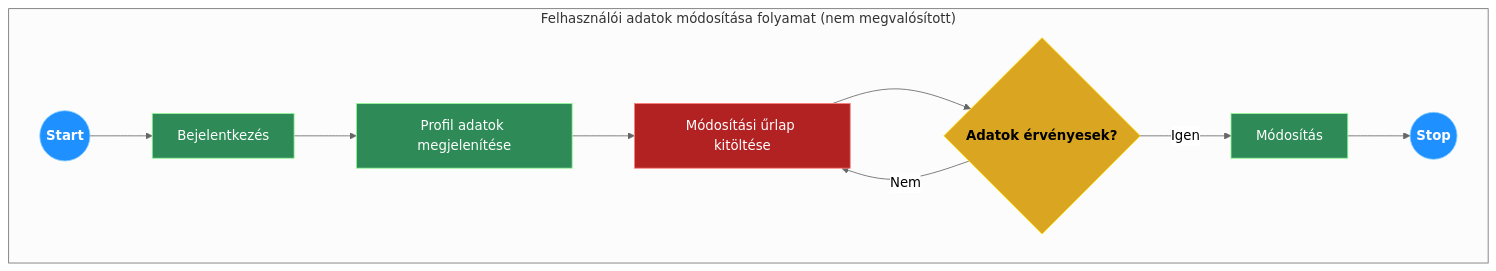
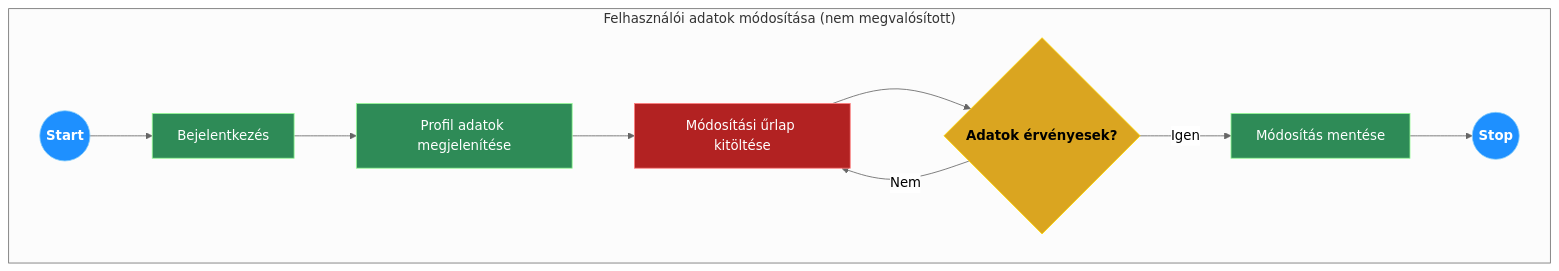
One commit to bencebenko/afp-recipe-sharing changed the third of 8 diagrams in docs/1. Rendszerterv dokumentáció.MD. Above: the diagram before and after it, drawn with Mermaid (neutral theme). The commit also changed other lines of this file and 3 other files, not shown here.

````diff
--- a/docs/1. Rendszerterv dokumentáció.MD
+++ b/docs/1. Rendszerterv dokumentáció.MD
@@ -217,18 +292,18 @@
-```mermaid
+```mermaid 
 flowchart LR
     classDef startstop fill:#1E90FF,stroke:#87CEFA,color:#fff,font-weight:bold;
     classDef action fill:#2E8B57,stroke:#98FB98,color:#fff;
     classDef decision fill:#DAA520,stroke:#FFD700,color:#000,font-weight:bold;
     classDef error fill:#B22222,stroke:#FF7F7F,color:#fff;
 
-    subgraph "Felhasználói adatok módosítása folyamat (nem megvalósított)"
+    subgraph "Felhasználói adatok módosítása (nem megvalósított)"
         direction LR
         A((Start)):::startstop --> B["Bejelentkezés"]:::action
         B --> C["Profil adatok megjelenítése"]:::action
         C --> D["Módosítási űrlap kitöltése"]:::action
         D --> E{"Adatok érvényesek?"}:::decision
         E -->|Nem| D:::error
-        E -->|Igen| F["Módosítás"]:::action
+        E -->|Igen| F["Módosítás mentése"]:::action
         F --> G((Stop)):::startstop
     end
-```
+``` 
````
